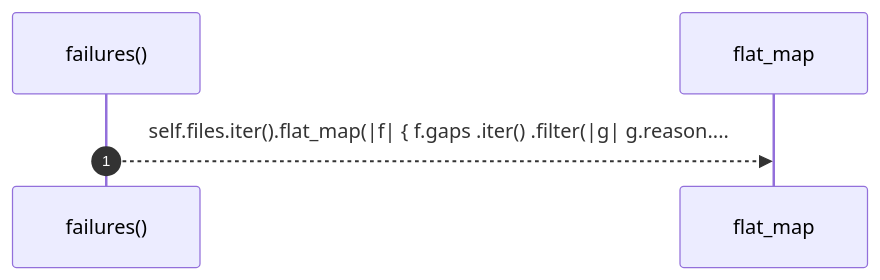
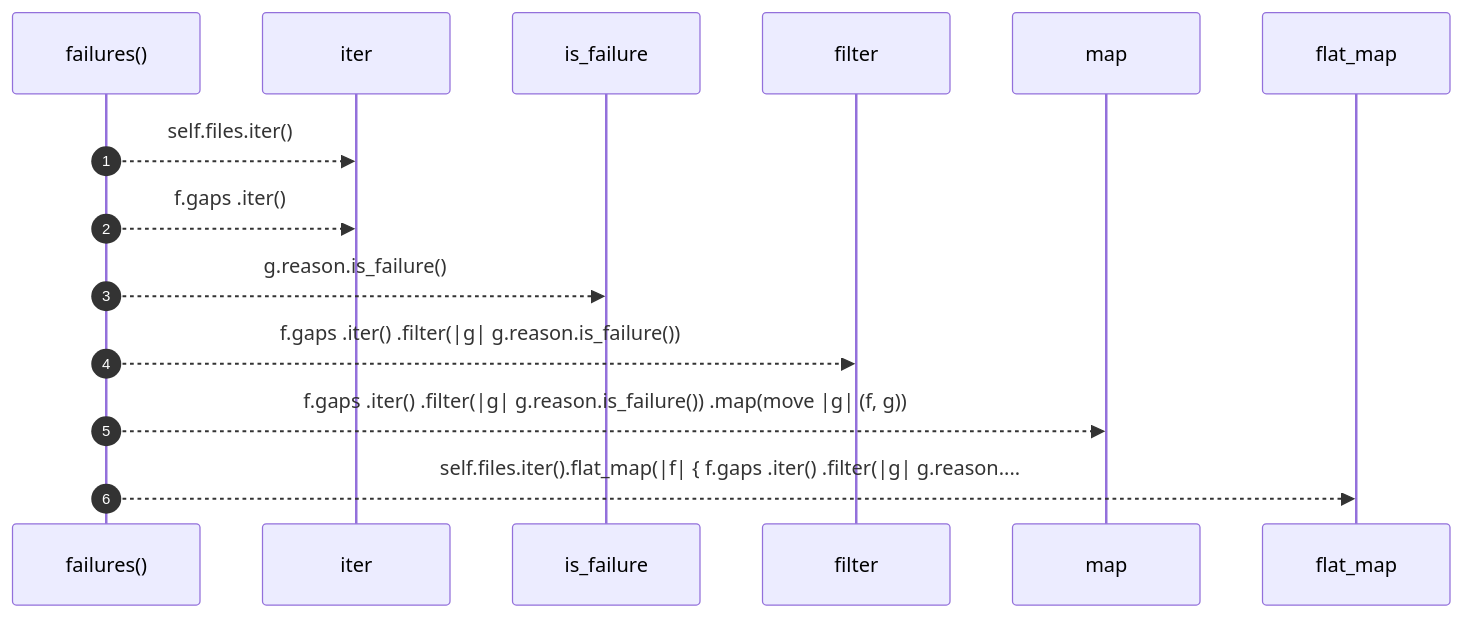
One commit to RyanGuild/self-describing-code changed the second of 3 diagrams in docs/self-model/robby_ir/coverage/impl-coveragereport.md. Above: the diagram before and after it, drawn with Mermaid. The commit also changed other lines of this file and 1404 other files, not shown here.

````diff
--- a/docs/self-model/robby_ir/coverage/impl-coveragereport.md
+++ b/docs/self-model/robby_ir/coverage/impl-coveragereport.md
@@ -85,7 +103,16 @@
 ```mermaid
 sequenceDiagram
     autonumber
     participant failures as failures()
+    participant iter as iter
+    participant is_failure as is_failure
+    participant filter as filter
+    participant map as map
     participant flat_map as flat_map
+    failures-->>iter: self.files.iter()
+    failures-->>iter: f.gaps .iter()
+    failures-->>is_failure: g.reason.is_failure()
+    failures-->>filter: f.gaps .iter() .filter(|g| g.reason.is_failure())
+    failures-->>map: f.gaps .iter() .filter(|g| g.reason.is_failure()) .map(move |g| (f, g))
     failures-->>flat_map: self.files.iter().flat_map(|f| { f.gaps .iter() .filter(|g| g.reason....
 ```
````
